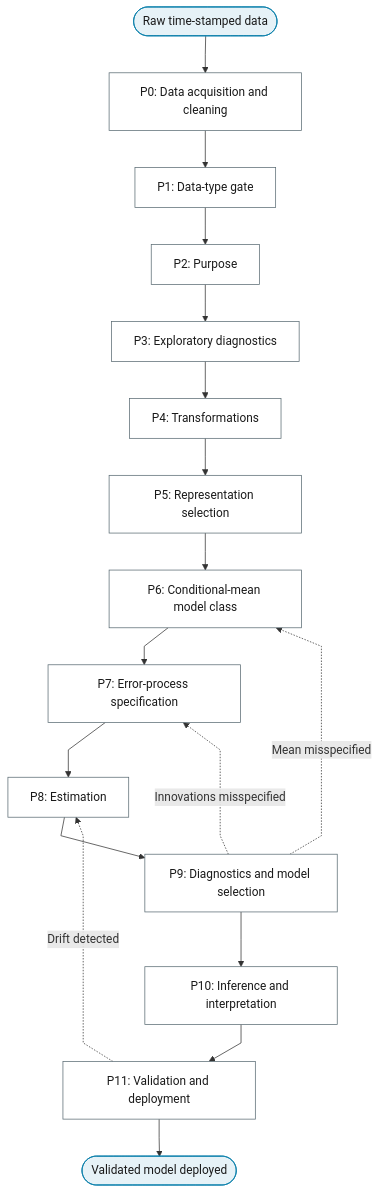
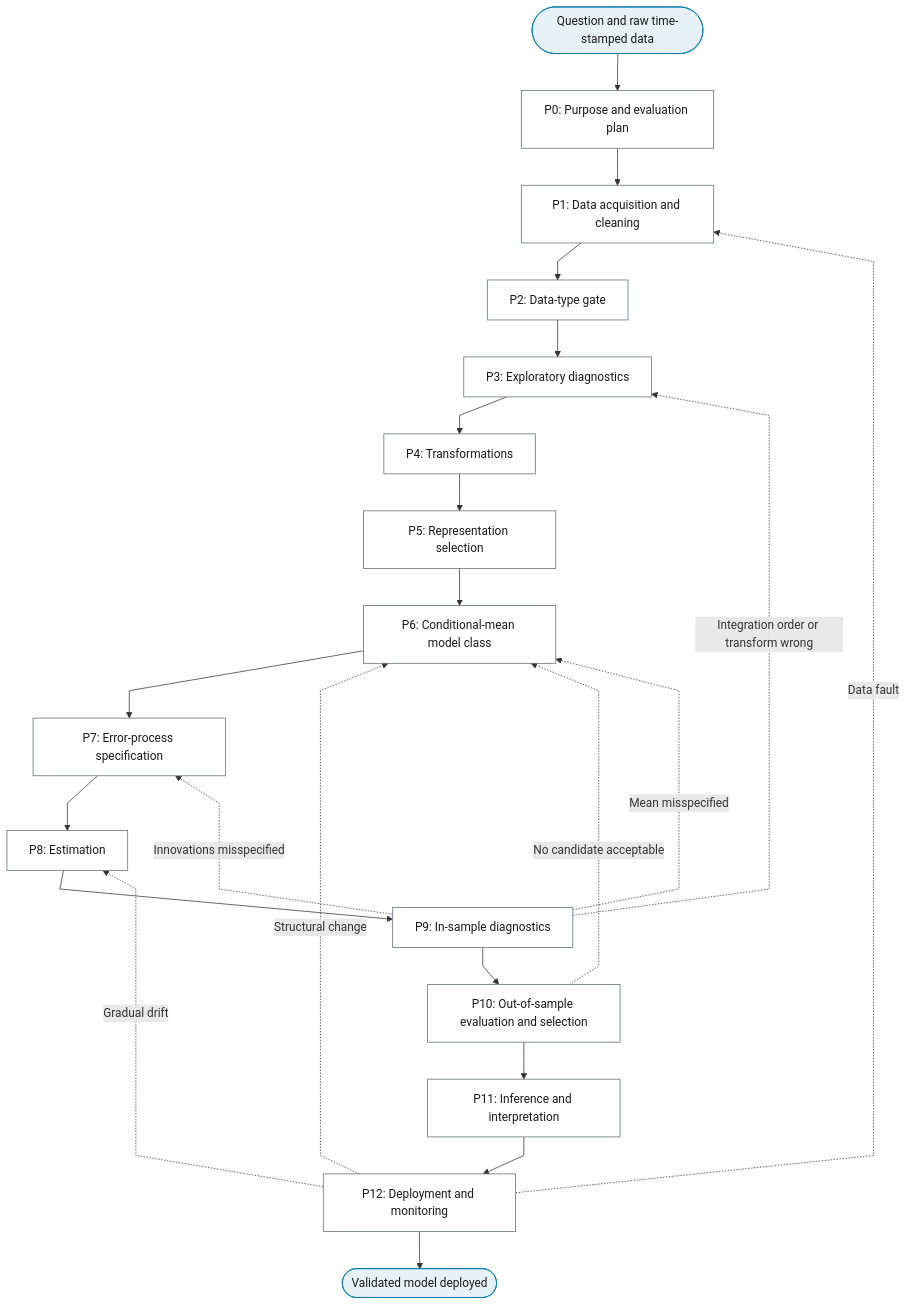
Before and after one commit to Shuxin-Y/time-series-analysis-manual: the diagram in docs/01-workflow/index.md, drawn with Mermaid. The commit also changed other lines of this file and 75 other files, not shown here.

First line of the commit message:
refactor(spine): renumber phases purpose-first (P0 purpose ... P12 deployment)

````diff
--- a/docs/01-workflow/index.md
+++ b/docs/01-workflow/index.md
@@ -7,30 +7,35 @@
 ```mermaid
 %%{init: {"flowchart": {"curve": "linear"}}}%%
 graph TD
-    MASTER_START(["Raw time-stamped data"]) --> P0["P0: Data acquisition and cleaning"]
-    P0 --> P1["P1: Data-type gate"]
-    P1 --> P2["P2: Purpose"]
+    MASTER_START(["Question and raw time-stamped data"]) --> P0["P0: Purpose and evaluation plan"]
+    P0 --> P1["P1: Data acquisition and cleaning"]
+    P1 --> P2["P2: Data-type gate"]
     P2 --> P3["P3: Exploratory diagnostics"]
     P3 --> P4["P4: Transformations"]
     P4 --> P5["P5: Representation selection"]
     P5 --> P6["P6: Conditional-mean model class"]
     P6 --> P7["P7: Error-process specification"]
     P7 --> P8["P8: Estimation"]
-    P8 --> P9["P9: Diagnostics and model selection"]
-    P9 --> P10["P10: Inference and interpretation"]
-    P10 --> P11["P11: Validation and deployment"]
+    P8 --> P9["P9: In-sample diagnostics"]
+    P9 --> P10["P10: Out-of-sample evaluation and selection"]
+    P10 --> P11["P11: Inference and interpretation"]
+    P11 --> P12["P12: Deployment and monitoring"]
+    P9 -.->|"Integration order or transform wrong"| P3
     P9 -.->|"Mean misspecified"| P6
     P9 -.->|"Innovations misspecified"| P7
-    P11 -.->|"Drift detected"| P8
-    P11 --> MASTER_END(["Validated model deployed"])
+    P10 -.->|"No candidate acceptable"| P6
+    P12 -.->|"Data fault"| P1
+    P12 -.->|"Structural change"| P6
+    P12 -.->|"Gradual drift"| P8
+    P12 --> MASTER_END(["Validated model deployed"])
     class MASTER_START,MASTER_END terminator
-    class P0,P1,P2,P3,P4,P5,P6,P7,P8,P9,P10,P11 process
+    class P0,P1,P2,P3,P4,P5,P6,P7,P8,P9,P10,P11,P12 process
     classDef terminator fill:#E6F2F7,stroke:#007BA7,color:#1A1A1A;
     classDef process fill:#FFFFFF,stroke:#5A6B73,color:#1A1A1A;
     classDef decision fill:#EFE7F0,stroke:#9B7FA7,color:#1A1A1A;
     classDef data fill:#FFF4E0,stroke:#C9A55E,color:#1A1A1A;
     classDef good fill:#DCEFD8,stroke:#4A7A3F,color:#1A1A1A;
     classDef escalate fill:#FFE9C2,stroke:#C9A55E,color:#1A1A1A;
     classDef problem fill:#F2D9DE,stroke:#800020,color:#1A1A1A;
     classDef ref fill:#F7F7F7,stroke:#5A6B73,color:#1A1A1A,stroke-dasharray:4 3;
 ```
````
